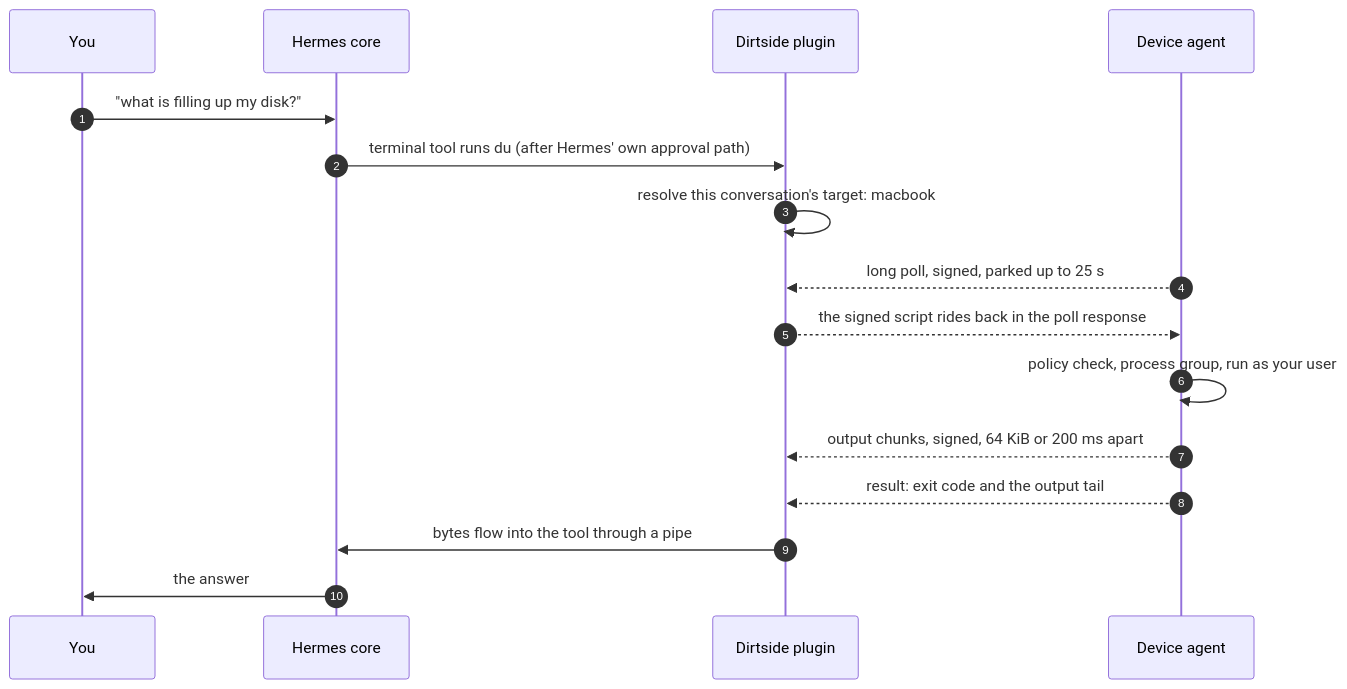
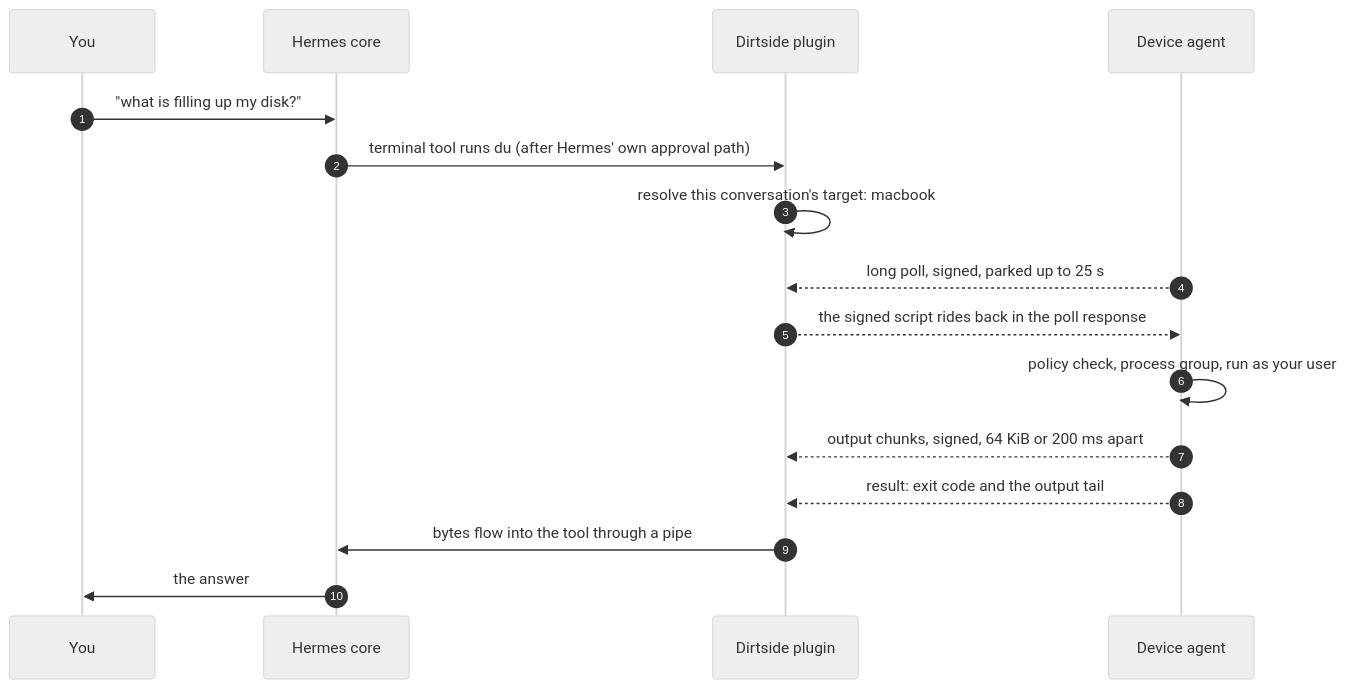
The diagram in README.md (the-ai-entrepreneur-ai-hub/hermes-dirtside), drawn with Mermaid before and after one commit. The commit also changed other lines of this file and 7 other files, not shown here.

````diff
--- a/README.md
+++ b/README.md
@@ -158,18 +153,19 @@
 ```mermaid
+%%{init: {"theme": "neutral"}}%%
 sequenceDiagram
     autonumber
     participant U as You
     participant H as Hermes core
     participant P as Dirtside plugin
     participant A as Device agent
     U->>H: "what is filling up my disk?"
     H->>P: terminal tool runs du (after Hermes' own approval path)
     P->>P: resolve this conversation's target: macbook
     A-->>P: long poll, signed, parked up to 25 s
     P-->>A: the signed script rides back in the poll response
     A->>A: policy check, process group, run as your user
     A-->>P: output chunks, signed, 64 KiB or 200 ms apart
     A-->>P: result: exit code and the output tail
     P->>H: bytes flow into the tool through a pipe
     H->>U: the answer
 ```
````
